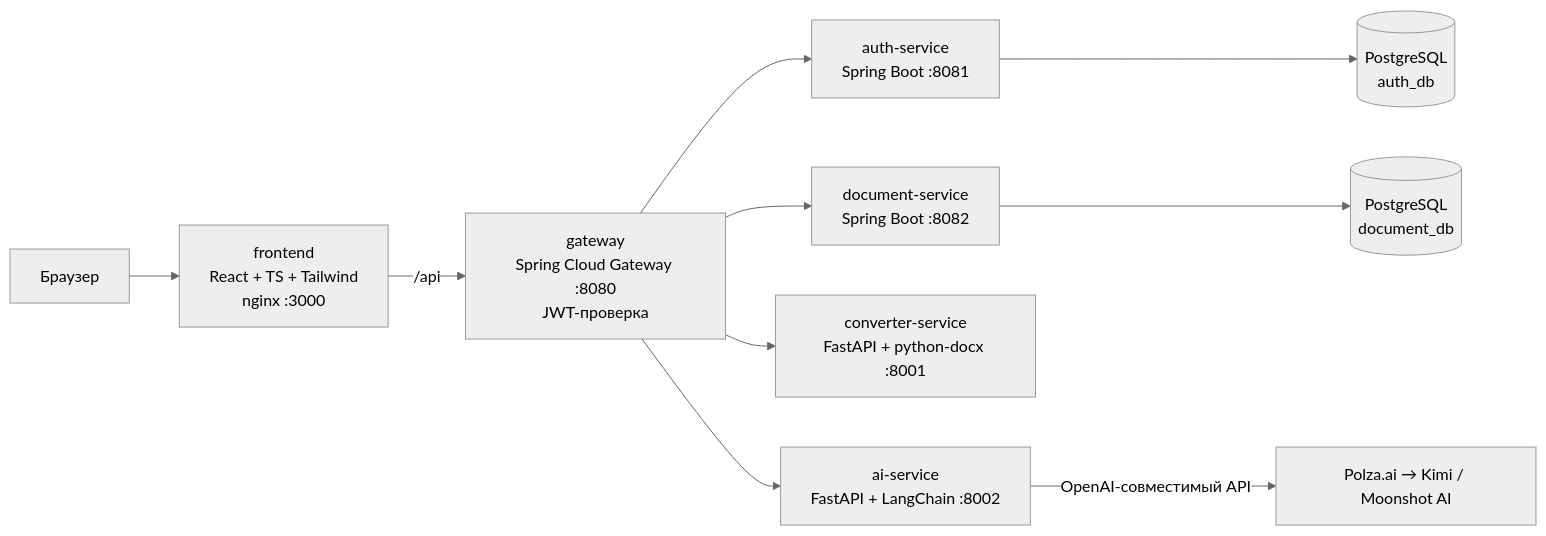
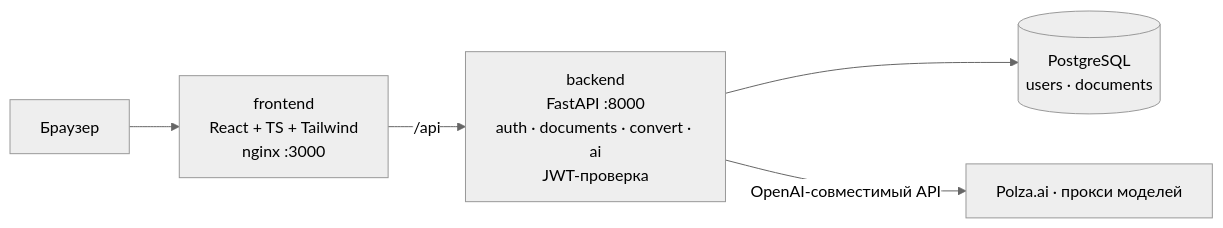
The diagram in README.md (alexdarenkov/CourseWorkMaker), drawn with Mermaid (neutral theme) before and after one commit. The commit also changed other lines of this file and 132 other files, not shown here.

````diff
--- a/README.md
+++ b/README.md
@@ -89,12 +88,7 @@
 ```mermaid
 flowchart LR
   U[Браузер] --> F[frontend<br/>React + TS + Tailwind<br/>nginx :3000]
-  F -->|/api| G[gateway<br/>Spring Cloud Gateway :8080<br/>JWT-проверка]
-  G --> A[auth-service<br/>Spring Boot :8081]
-  G --> D[document-service<br/>Spring Boot :8082]
-  G --> C[converter-service<br/>FastAPI + python-docx :8001]
-  G --> AI[ai-service<br/>FastAPI + LangChain :8002]
-  A --> P[(PostgreSQL<br/>auth_db)]
-  D --> P2[(PostgreSQL<br/>document_db)]
-  AI -->|OpenAI-совместимый API| K[Polza.ai → Kimi / Moonshot AI]
+  F -->|/api| B[backend<br/>FastAPI :8000<br/>auth · documents · convert · ai<br/>JWT-проверка]
+  B --> P[(PostgreSQL<br/>users · documents)]
+  B -->|OpenAI-совместимый API| K[Polza.ai · прокси моделей]
 ```
````
